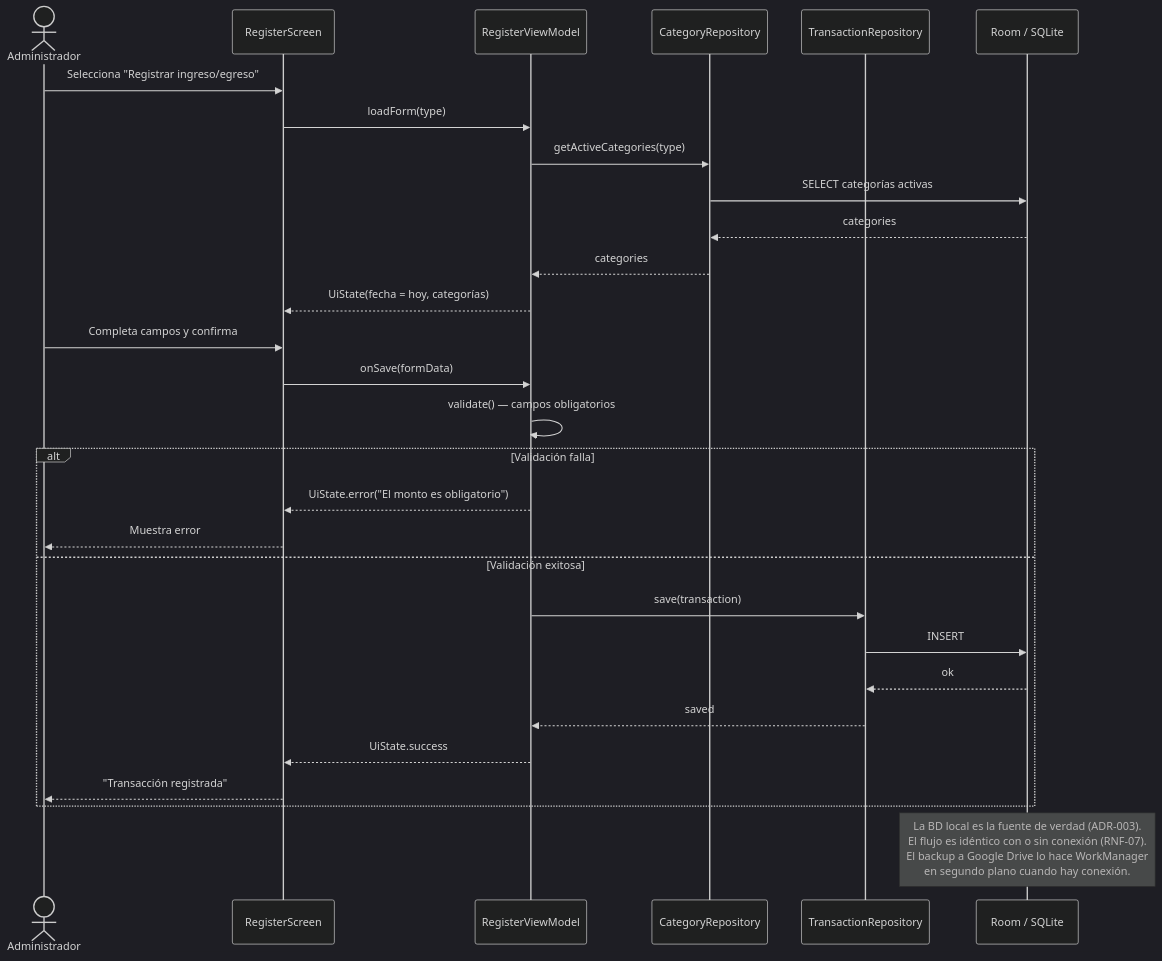
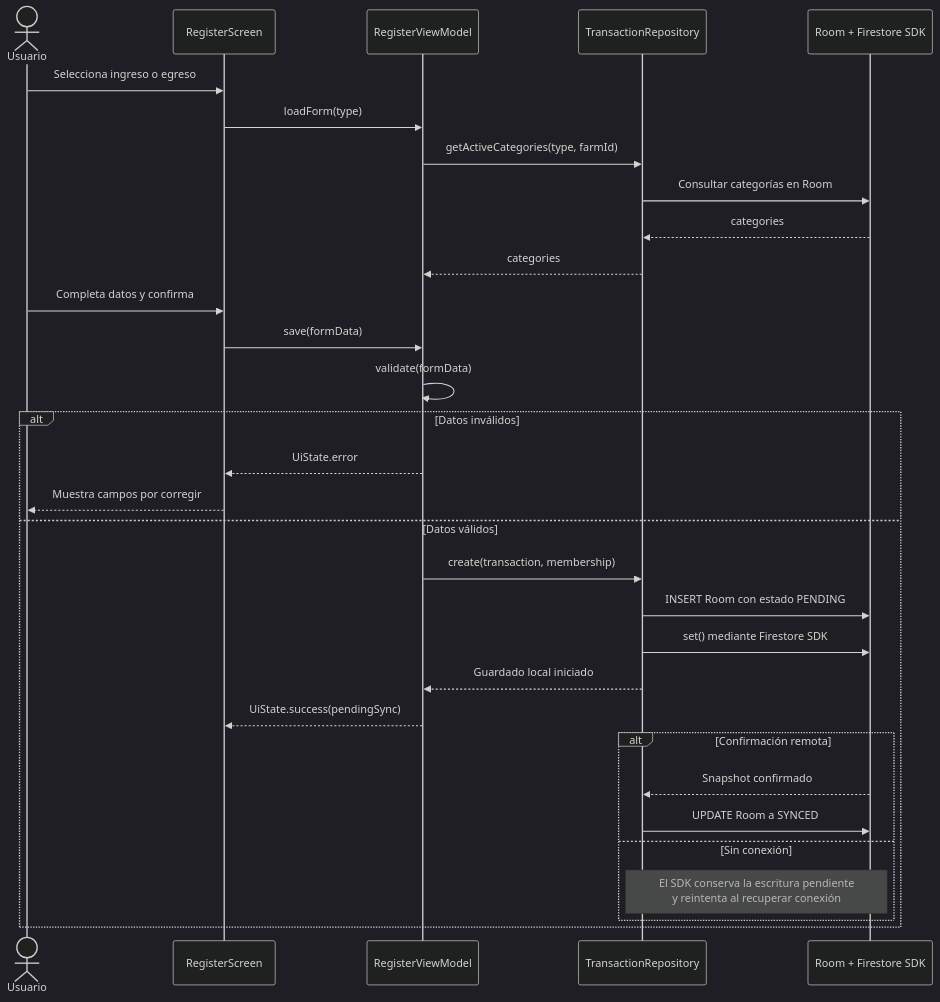
Before and after one commit to PUJ-ICM-1131/SGE: the first of 11 diagrams in docs/3-casos-uso-uml/diagramas_secuencia.md, drawn with Mermaid (dark theme). The commit also changed other lines of this file and 1 other file, not shown here.

Commit message:
diagramas de secuencia y actividad

````diff
--- a/docs/3-casos-uso-uml/diagramas_secuencia.md
+++ b/docs/3-casos-uso-uml/diagramas_secuencia.md
@@ -15,35 +24,34 @@
 ```mermaid
 sequenceDiagram
-    actor Admin as Administrador
-    participant Screen as RegisterScreen
+    actor Usuario
+    participant UI as RegisterScreen
     participant VM as RegisterViewModel
-    participant CatRepo as CategoryRepository
-    participant TxRepo as TransactionRepository
-    participant DB as Room / SQLite
+    participant Repo as TransactionRepository
+    participant Data as Room + Firestore SDK
 
-    Admin->>Screen: Selecciona "Registrar ingreso/egreso"
-    Screen->>VM: loadForm(type)
-    VM->>CatRepo: getActiveCategories(type)
-    CatRepo->>DB: SELECT categorías activas
-    DB-->>CatRepo: categories
-    CatRepo-->>VM: categories
-    VM-->>Screen: UiState(fecha = hoy, categorías)
-    Admin->>Screen: Completa campos y confirma
-
-    Screen->>VM: onSave(formData)
-    VM->>VM: validate() — campos obligatorios
-
-    alt Validación falla
-        VM-->>Screen: UiState.error("El monto es obligatorio")
-        Screen-->>Admin: Muestra error
-    else Validación exitosa
-        VM->>TxRepo: save(transaction)
-        TxRepo->>DB: INSERT
-        DB-->>TxRepo: ok
-        TxRepo-->>VM: saved
-        VM-->>Screen: UiState.success
-        Screen-->>Admin: "Transacción registrada"
+    Usuario->>UI: Selecciona ingreso o egreso
+    UI->>VM: loadForm(type)
+    VM->>Repo: getActiveCategories(type, farmId)
+    Repo->>Data: Consultar categorías en Room
+    Data-->>Repo: categories
+    Repo-->>VM: categories
+    Usuario->>UI: Completa datos y confirma
+    UI->>VM: save(formData)
+    VM->>VM: validate(formData)
+    alt Datos inválidos
+        VM-->>UI: UiState.error
+        UI-->>Usuario: Muestra campos por corregir
+    else Datos válidos
+        VM->>Repo: create(transaction, membership)
+        Repo->>Data: INSERT Room con estado PENDING
+        Repo->>Data: set() mediante Firestore SDK
+        Repo-->>VM: Guardado local iniciado
+        VM-->>UI: UiState.success(pendingSync)
+        alt Confirmación remota
+            Data-->>Repo: Snapshot confirmado
+            Repo->>Data: UPDATE Room a SYNCED
+        else Sin conexión
+            Note over Repo,Data: El SDK conserva la escritura pendiente<br/>y reintenta al recuperar conexión
+        end
     end
-
-    Note over DB: La BD local es la fuente de verdad (ADR-003).<br/>El flujo es idéntico con o sin conexión (RNF-07).<br/>El backup a Google Drive lo hace WorkManager<br/>en segundo plano cuando hay conexión.
 ```
````
